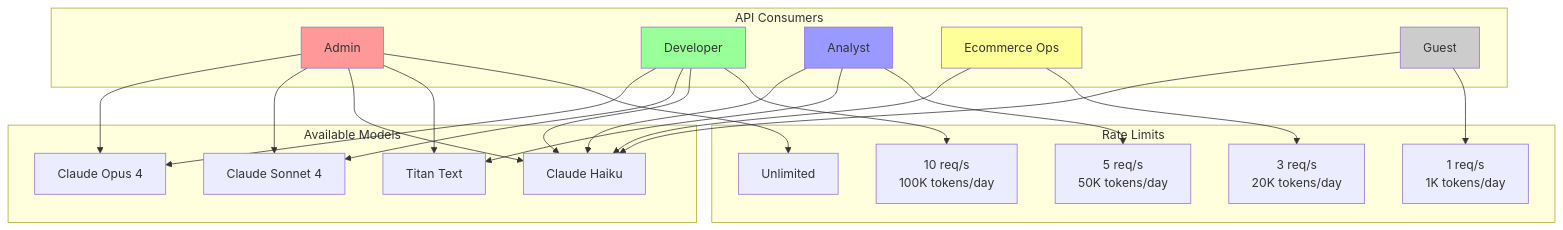
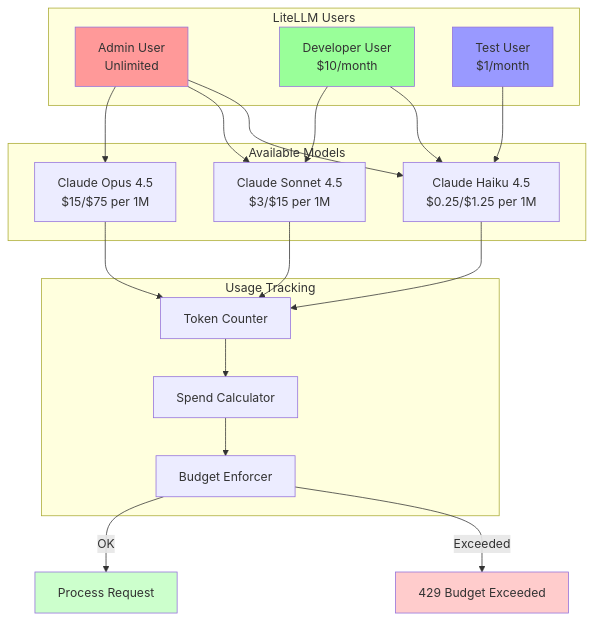
Before and after one commit to lorenzogirardi/gw_llm: the seventh of 7 diagrams in docs/architecture/c4-architecture.md, drawn with Mermaid. The commit also changed other lines of this file and 6 other files, not shown here.

First line of the commit message:
docs: update all documentation for LiteLLM architecture

````diff
--- a/docs/architecture/c4-architecture.md
+++ b/docs/architecture/c4-architecture.md
@@ -269,46 +243,37 @@
 ```mermaid
 flowchart TB
-    subgraph Consumers["API Consumers"]
-        admin[Admin]
-        developer[Developer]
-        analyst[Analyst]
-        ops[Ecommerce Ops]
-        guest[Guest]
+    subgraph Users["LiteLLM Users"]
+        admin[Admin User<br/>Unlimited]
+        dev[Developer User<br/>$10/month]
+        test[Test User<br/>$1/month]
     end
 
     subgraph Models["Available Models"]
-        opus[Claude Opus 4]
-        sonnet[Claude Sonnet 4]
-        haiku[Claude Haiku]
-        titan[Titan Text]
+        haiku[Claude Haiku 4.5<br/>$0.25/$1.25 per 1M]
+        sonnet[Claude Sonnet 4.5<br/>$3/$15 per 1M]
+        opus[Claude Opus 4.5<br/>$15/$75 per 1M]
     end
 
-    subgraph Limits["Rate Limits"]
-        admin_limit[Unlimited]
-        dev_limit[10 req/s<br/>100K tokens/day]
-        analyst_limit[5 req/s<br/>50K tokens/day]
-        ops_limit[3 req/s<br/>20K tokens/day]
-        guest_limit[1 req/s<br/>1K tokens/day]
+    subgraph Tracking["Usage Tracking"]
+        tokens[Token Counter]
+        spend[Spend Calculator]
+        budget[Budget Enforcer]
     end
 
-    admin --> opus & sonnet & haiku & titan
-    admin --> admin_limit
+    admin --> haiku & sonnet & opus
+    dev --> haiku & sonnet
+    test --> haiku
 
-    developer --> opus & sonnet & haiku
-    developer --> dev_limit
+    haiku & sonnet & opus --> tokens
+    tokens --> spend
+    spend --> budget
 
-    analyst --> haiku & titan
-    analyst --> analyst_limit
-
-    ops --> haiku
-    ops --> ops_limit
-
-    guest --> haiku
-    guest --> guest_limit
+    budget -->|Exceeded| block[429 Budget Exceeded]
+    budget -->|OK| allow[Process Request]
 
     style admin fill:#ff9999
-    style developer fill:#99ff99
-    style analyst fill:#9999ff
-    style ops fill:#ffff99
-    style guest fill:#cccccc
+    style dev fill:#99ff99
+    style test fill:#9999ff
+    style block fill:#ffcccc
+    style allow fill:#ccffcc
 ```
````
